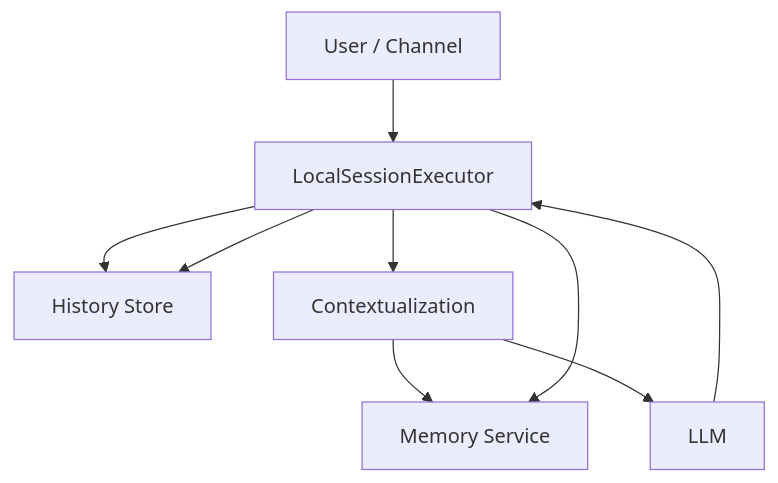
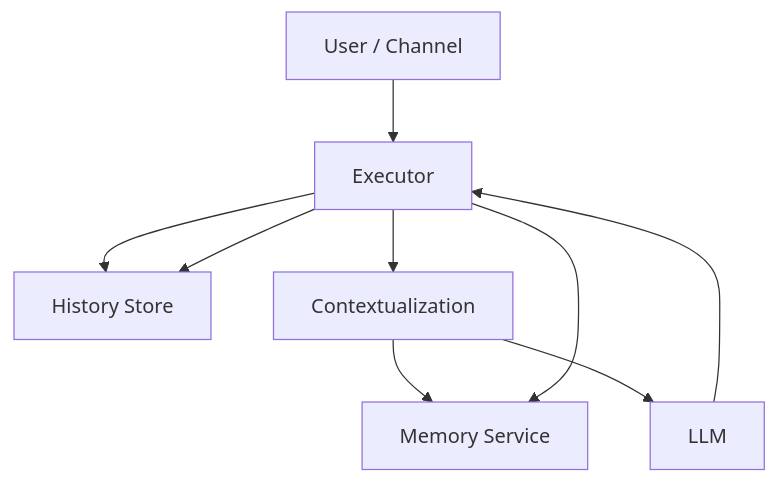
Before and after one commit to wangenius/downcity: the diagram in homepage/content/devdocs/zh/memory/architecture.mdx, drawn with Mermaid. The commit also changed other lines of this file and 42 other files, not shown here.

Commit message:
refactor(agent): simplify session execution architecture

````diff
--- a/homepage/content/devdocs/zh/memory/architecture.mdx
+++ b/homepage/content/devdocs/zh/memory/architecture.mdx
@@ -23,18 +23,18 @@
 ```mermaid
 flowchart TB
   U["User / Channel"]
-  SA["LocalSessionExecutor"]
+  SA["Executor"]
   HS["History Store"]
   MS["Memory Service"]
   CA["Contextualization"]
   LLM["LLM"]
 
   U --> SA
   SA --> HS
   SA --> CA
   CA --> MS
   CA --> LLM
   LLM --> SA
   SA --> HS
   SA --> MS
 ```
````
